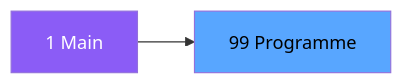
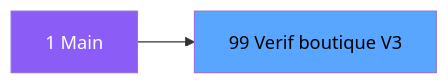
One commit to thonyAGP/magic-migration changed the second of 3 diagrams in .openspec/specs/ADH-IDE-99.md. Above: the diagram before and after it, drawn with Mermaid. The commit also changed other lines of this file and 323 other files, not shown here.

````diff
--- a/.openspec/specs/ADH-IDE-99.md
+++ b/.openspec/specs/ADH-IDE-99.md
@@ -98,8 +113,8 @@
 ```mermaid
 graph LR
     M[1 Main]
-    T[99 Programme]
+    T[99 Verif boutique V3]
     M --> T
     style M fill:#8b5cf6,color:#fff
     style T fill:#58a6ff,color:#000
 ```
````
